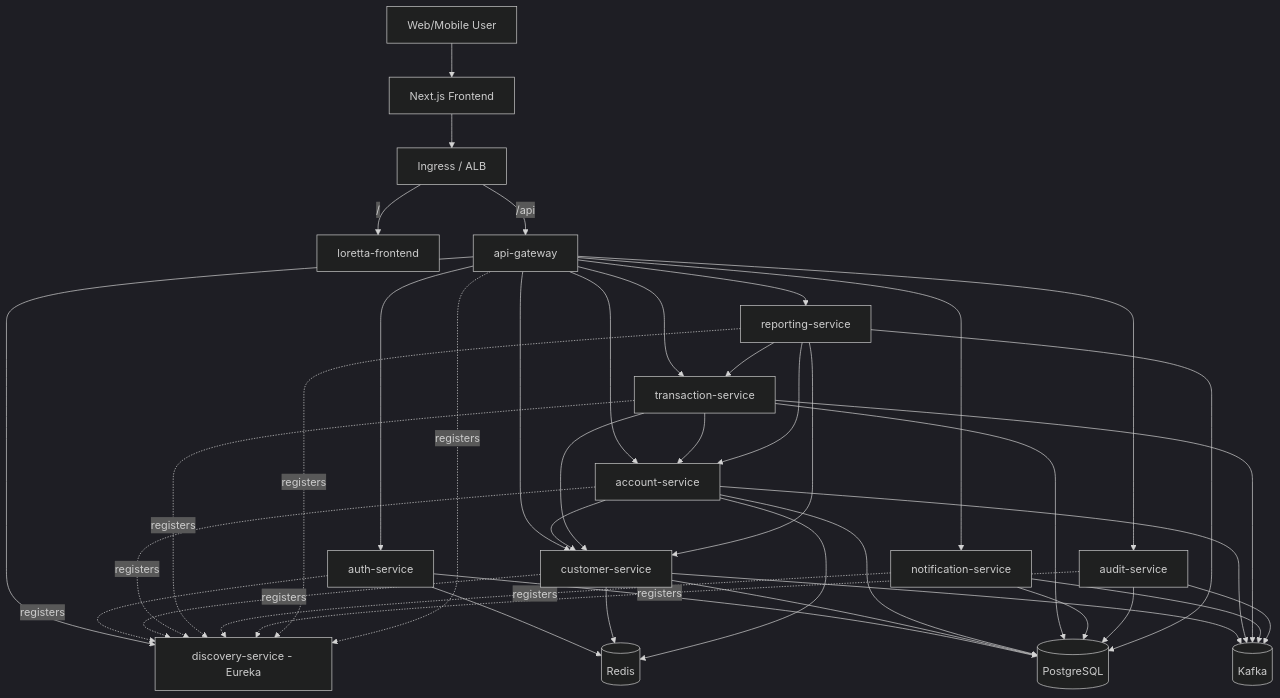
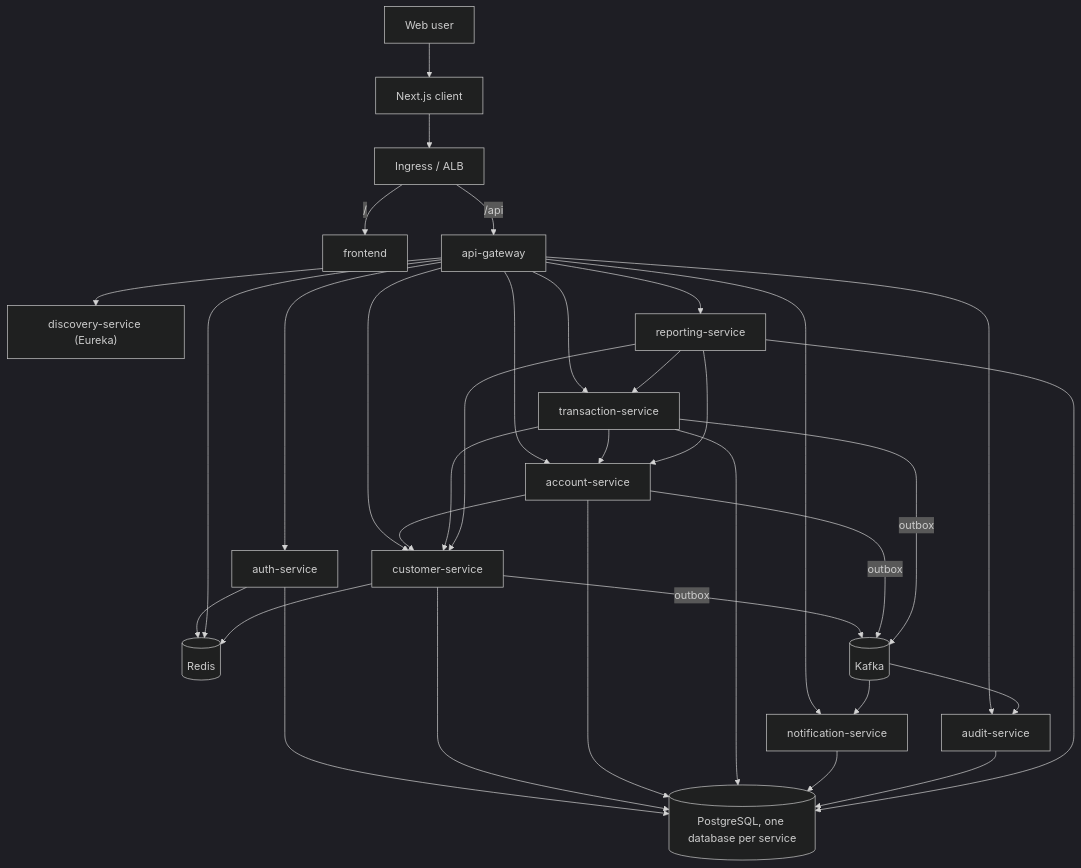
Before and after one commit to 7irelo/loretta-bank: the diagram in README.md, drawn with Mermaid (dark theme). The commit also changed other lines of this file, not shown here.

Commit message:
docs(readme): rewrite with accurate status, setup, API overview, limitations and roadmap

````diff
--- a/README.md
+++ b/README.md
@@ -13,44 +42,36 @@
 ```mermaid
 flowchart TD;
-    User["Web/Mobile User"] --> Frontend["Next.js Frontend"];
+    User["Web user"] --> Frontend["Next.js client"];
     Frontend --> Ingress["Ingress / ALB"];
-    Ingress -->|/| FrontendSvc["loretta-frontend"];
+    Ingress -->|/| FrontendSvc["frontend"];
     Ingress -->|/api| Gateway["api-gateway"];
-    Gateway --> Discovery["discovery-service - Eureka"];
+    Gateway --> Discovery["discovery-service (Eureka)"];
     Gateway --> Auth["auth-service"];
     Gateway --> Customer["customer-service"];
     Gateway --> Account["account-service"];
     Gateway --> Transaction["transaction-service"];
     Gateway --> Notification["notification-service"];
     Gateway --> Audit["audit-service"];
     Gateway --> Reporting["reporting-service"];
-    Auth --> Redis[(Redis)];
-    Auth --> Postgres[(PostgreSQL)];
+    Auth --> Redis[("Redis")];
+    Gateway --> Redis;
     Customer --> Redis;
-    Customer --> Postgres;
-    Account --> Redis;
-    Account --> Postgres;
-    Transaction --> Postgres;
-    Notification --> Postgres;
-    Audit --> Postgres;
-    Reporting --> Postgres;
-    Customer --> Kafka[(Kafka)];
-    Account --> Kafka;
-    Transaction --> Kafka;
-    Notification --> Kafka;
-    Audit --> Kafka;
     Account --> Customer;
     Transaction --> Account;
     Transaction --> Customer;
     Reporting --> Account;
     Reporting --> Customer;
     Reporting --> Transaction;
-    Auth -. registers .-> Discovery;
-    Customer -. registers .-> Discovery;
-    Account -. registers .-> Discovery;
-    Transaction -. registers .-> Discovery;
-    Notification -. registers .-> Discovery;
-    Audit -. registers .-> Discovery;
-    Reporting -. registers .-> Discovery;
-    Gateway -. registers .-> Discovery;
+    Customer -->|outbox| Kafka[("Kafka")];
+    Account -->|outbox| Kafka;
+    Transaction -->|outbox| Kafka;
+    Kafka --> Notification;
+    Kafka --> Audit;
+    Auth --> PG[("PostgreSQL, one database per service")];
+    Customer --> PG;
+    Account --> PG;
+    Transaction --> PG;
+    Notification --> PG;
+    Audit --> PG;
+    Reporting --> PG;
 ```
````
